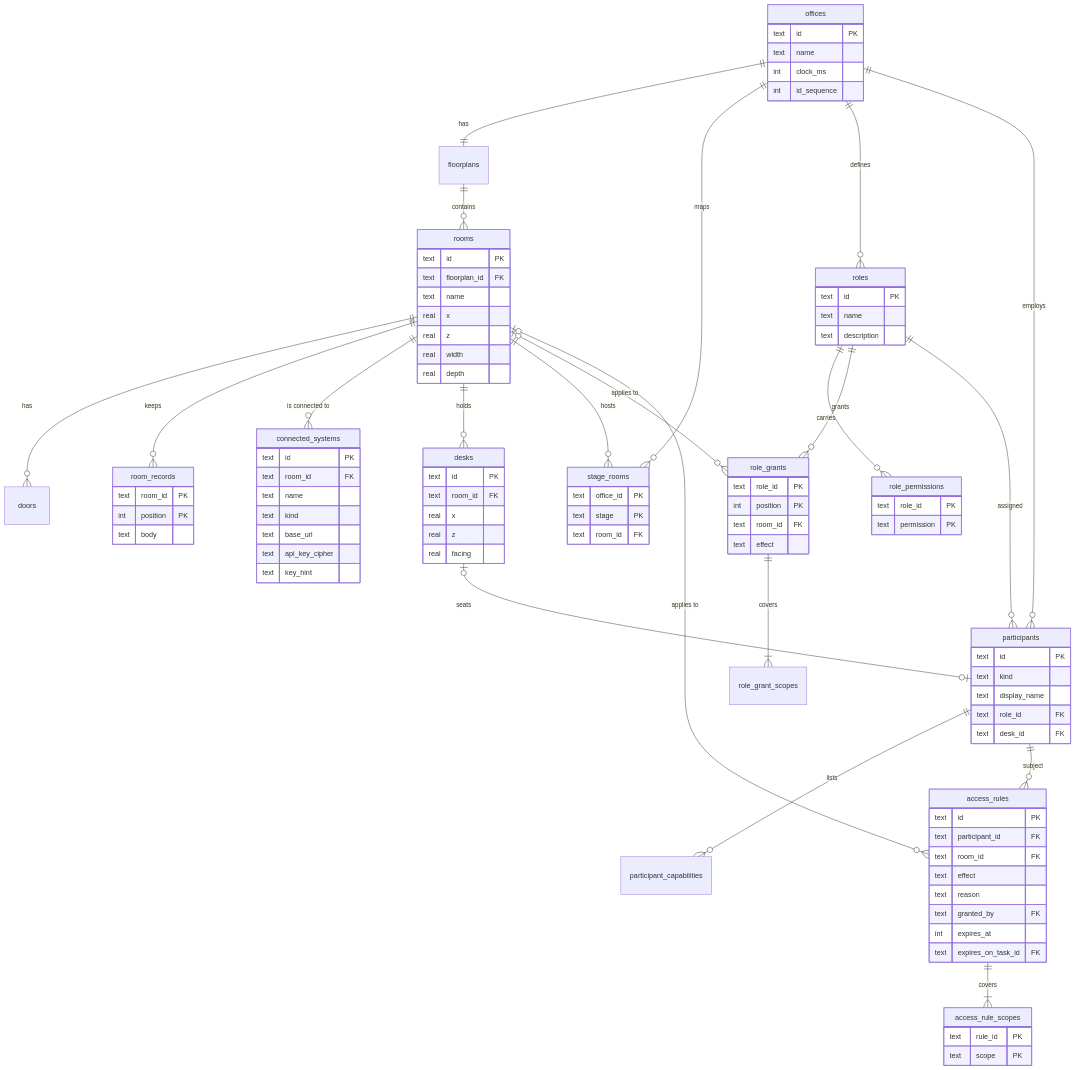
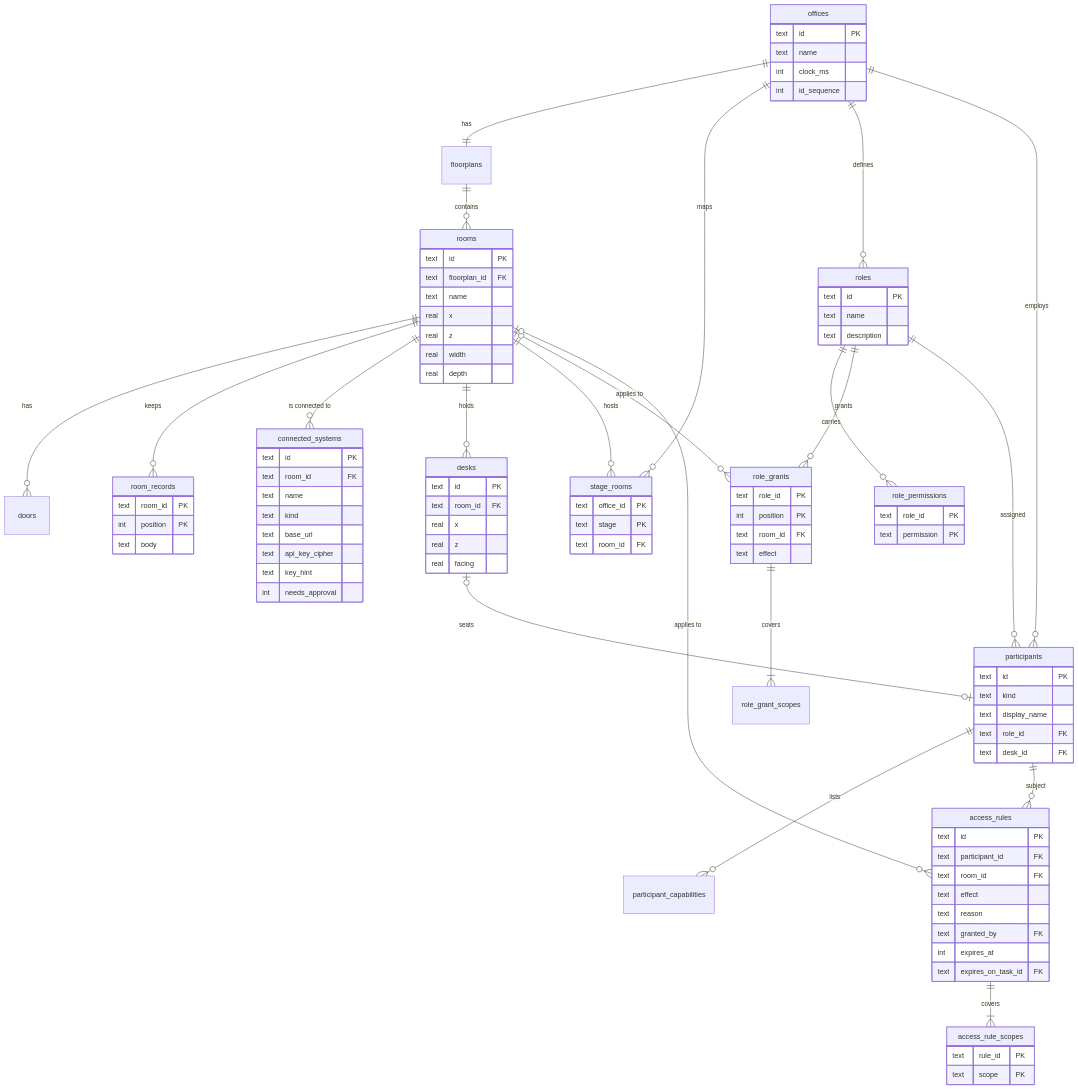
One commit to seyitgkc/ai-virtual-office changed the tenth of 14 diagrams in README.md. Above: the diagram before and after it, drawn with Mermaid. The commit also changed other lines of this file, not shown here.

```diff
--- a/README.md
+++ b/README.md
@@ -915,6 +925,7 @@
     text base_url
     text api_key_cipher
     text key_hint
+    int needs_approval
   }
   stage_rooms {
     text office_id PK
```
